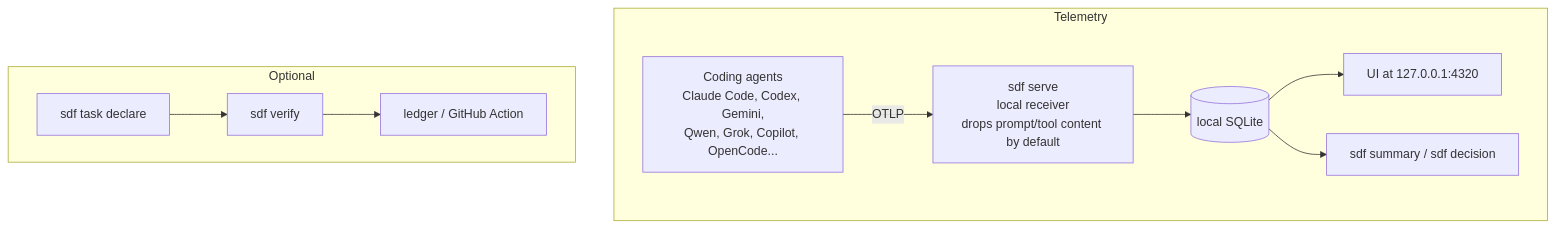
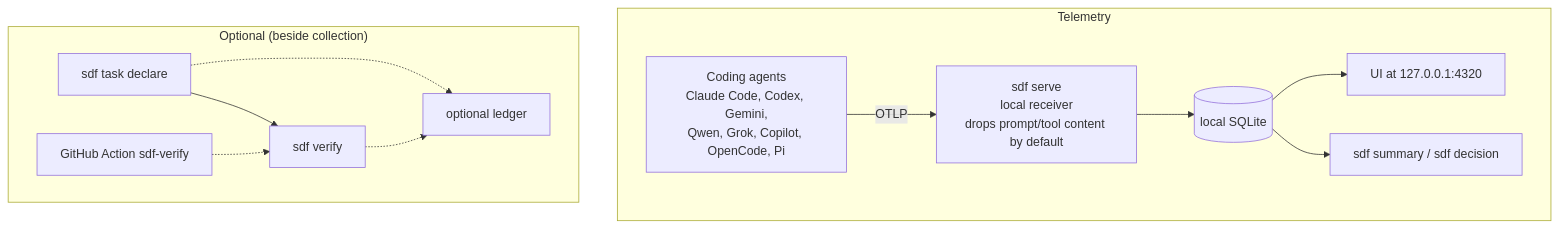
Before and after one commit to paulpham157/sdf: the diagram in README.md, drawn with Mermaid. The commit also changed other lines of this file and 44 other files, not shown here.

First line of the commit message:
docs: add tldraw diagrams and fix doc/code mismatches

````diff
--- a/README.md
+++ b/README.md
@@ -187,12 +187,15 @@
 ```mermaid
 flowchart TB
   subgraph telemetry["Telemetry"]
-    A["Coding agents<br/>Claude Code, Codex, Gemini,<br/>Qwen, Grok, Copilot, OpenCode..."] -->|OTLP| S["sdf serve<br/>local receiver<br/>drops prompt/tool content by default"]
+    A["Coding agents<br/>Claude Code, Codex, Gemini,<br/>Qwen, Grok, Copilot, OpenCode, Pi"] -->|OTLP| S["sdf serve<br/>local receiver<br/>drops prompt/tool content by default"]
     S --> DB[(local SQLite)]
     DB --> UI["UI at 127.0.0.1:4320"]
     DB --> OUT["sdf summary / sdf decision"]
   end
-  subgraph optional["Optional"]
-    T["sdf task declare"] --> V["sdf verify"] --> L["ledger / GitHub Action"]
+  subgraph optional["Optional (beside collection)"]
+    T["sdf task declare"] --> V["sdf verify"]
+    T -.-> L["optional ledger"]
+    V -.-> L
+    GHA["GitHub Action sdf-verify"] -.-> V
   end
 ```
````
